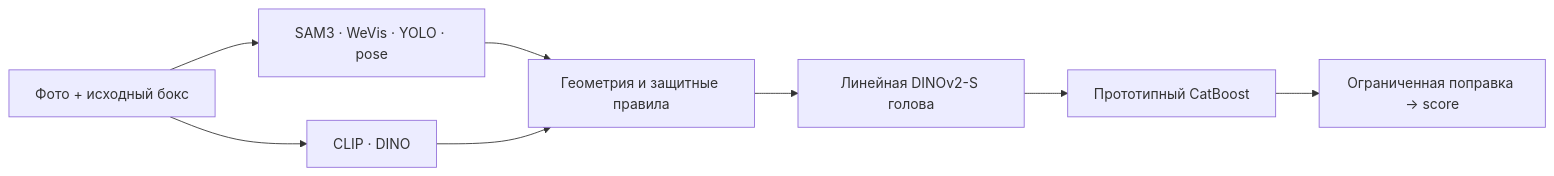
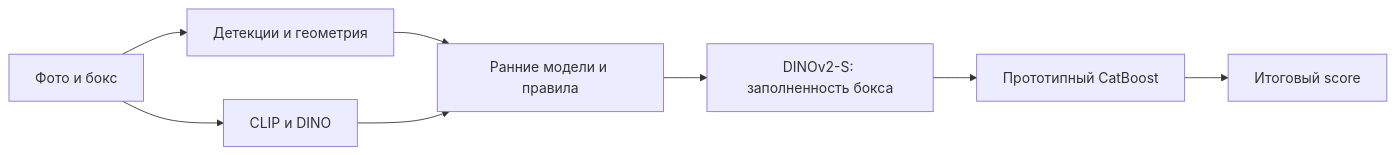
One commit to magaoutside/johny-makbobins-family changed the diagram in README.md. Above: the diagram before and after it, drawn with Mermaid. The commit also changed other lines of this file and 2 other files, not shown here.

````diff
--- a/README.md
+++ b/README.md
@@ -70,10 +32,10 @@
 ```mermaid
 flowchart LR
-    A[Фото + исходный бокс] --> B[SAM3 · WeVis · YOLO · pose]
-    A --> C[CLIP · DINO]
-    B --> D[Геометрия и защитные правила]
+    A[Фото и бокс] --> B[Детекции и геометрия]
+    A --> C[CLIP и DINO]
+    B --> D[Ранние модели и правила]
     C --> D
-    D --> E[Линейная DINOv2-S голова]
+    D --> E[DINOv2-S: заполненность бокса]
     E --> F[Прототипный CatBoost]
-    F --> H[Ограниченная поправка → score]
+    F --> H[Итоговый score]
 ```
````
